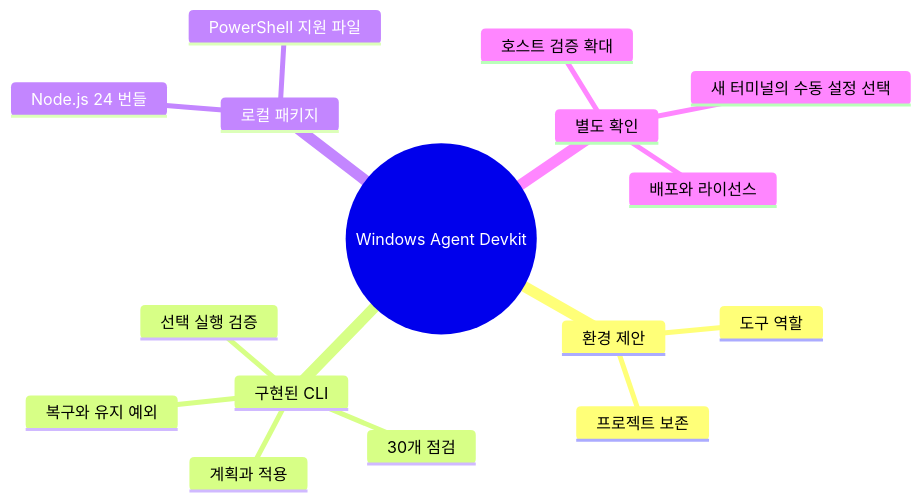
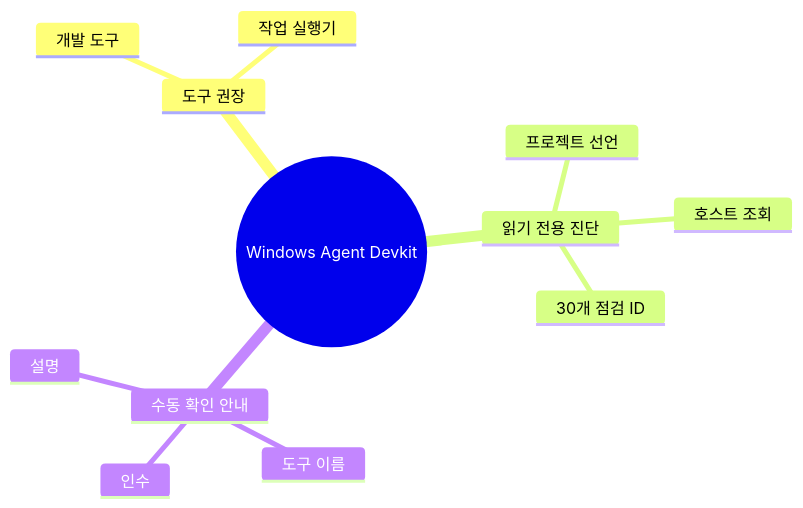
The diagram in docs/project-scope.md (tttaliesin/windows-agent-devkit), drawn with Mermaid before and after one commit. The commit also changed other lines of this file and 58 other files, not shown here.

````diff
--- a/docs/project-scope.md
+++ b/docs/project-scope.md
@@ -81,19 +50,15 @@
 ```mermaid
 mindmap
   root((Windows Agent Devkit))
-    환경 제안
-      도구 역할
-      프로젝트 보존
-    구현된 CLI
-      30개 점검
-      계획과 적용
-      복구와 유지 예외
-      선택 실행 검증
-    로컬 패키지
-      Node.js 24 번들
-      PowerShell 지원 파일
-    별도 확인
-      호스트 검증 확대
-      새 터미널의 수동 설정 선택
-      배포와 라이선스
+    도구 권장
+      개발 도구
+      작업 실행기
+    읽기 전용 진단
+      프로젝트 선언
+      호스트 조회
+      30개 점검 ID
+    수동 확인 안내
+      도구 이름
+      인수
+      설명
 ```
````
